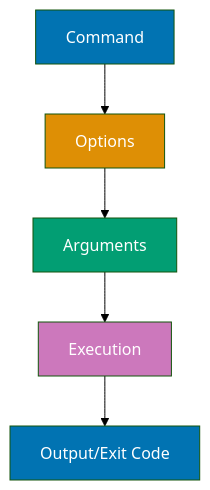
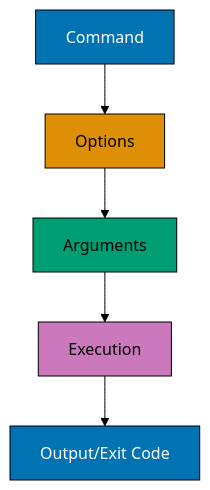
The third of 15 diagrams in apps/ayokoding-www/content/en/learn/legacy/software-engineering/platforms/linux/tools/shell/by-example/beginner.md (wahidyankf/ose-public), drawn with Mermaid (forest theme) before and after one commit. The commit also changed other lines of this file and 130 other files, not shown here.

First line of the commit message:
fix(mermaid): bring the legacy platforms diagrams onto the accessible palette

````diff
--- a/apps/ayokoding-www/content/en/learn/legacy/software-engineering/platforms/linux/tools/shell/by-example/beginner.md
+++ b/apps/ayokoding-www/content/en/learn/legacy/software-engineering/platforms/linux/tools/shell/by-example/beginner.md
@@ -138,14 +153,21 @@
 ```mermaid
 %% Command structure
 graph TD
+    accTitle: Example 3: Command Structure and Options
+    accDescr: Graph with 5 nodes and 4 connections. Nodes: Command, Options, Arguments, Execution, Output/Exit Code. Connections: Command to Options, Options to Arguments, Arguments to Execution, Execution to Output/Exit Code.
     A[Command] --> B[Options]
     B --> C[Arguments]
     C --> D[Execution]
     D --> E[Output/Exit Code]
 
-    style A fill:#0173B2,color:#fff
-    style B fill:#DE8F05,color:#fff
-    style C fill:#029E73,color:#fff
-    style D fill:#CC78BC,color:#fff
-    style E fill:#0173B2,color:#fff
+    classDef pal-0173B2 fill:#0173B2,stroke:#000000,color:#FFFFFF
+    class A pal-0173B2
+    classDef pal-DE8F05 fill:#DE8F05,stroke:#000000,color:#000000
+    class B pal-DE8F05
+    classDef pal-029E73 fill:#029E73,stroke:#000000,color:#000000
+    class C pal-029E73
+    classDef pal-CC78BC fill:#CC78BC,stroke:#000000,color:#000000
+    class D pal-CC78BC
+    class E pal-0173B2
+    classDef default fill:#FFFFFF,stroke:#000000,color:#000000
 ```
````
